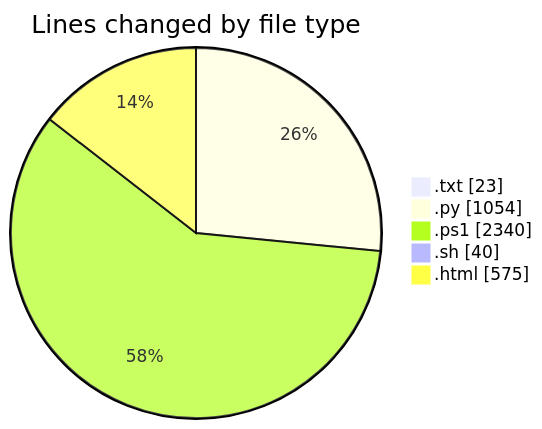
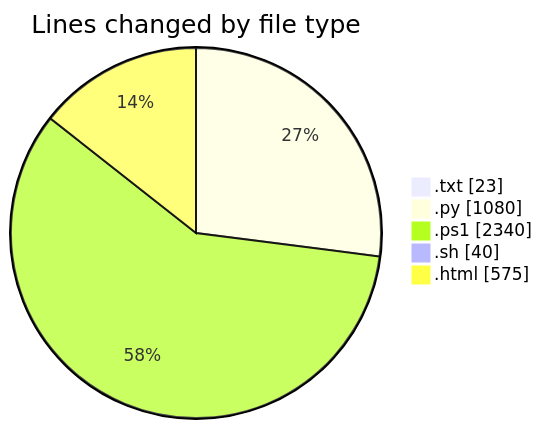
The first of 2 diagrams in 2025-05-16/python_app_deploy/README.md (CELIANVF/code-tracking), drawn with Mermaid before and after one commit. The commit also changed other lines of this file and 1 other file, not shown here.

````diff
--- a/2025-05-16/python_app_deploy/README.md
+++ b/2025-05-16/python_app_deploy/README.md
@@ -41,9 +41,9 @@
 ```mermaid
 pie showData
 title Lines changed by file type
 ".txt" : 23
-".py" : 1054
+".py" : 1080
 ".ps1" : 2340
 ".sh" : 40
 ".html" : 575
 ```
````
